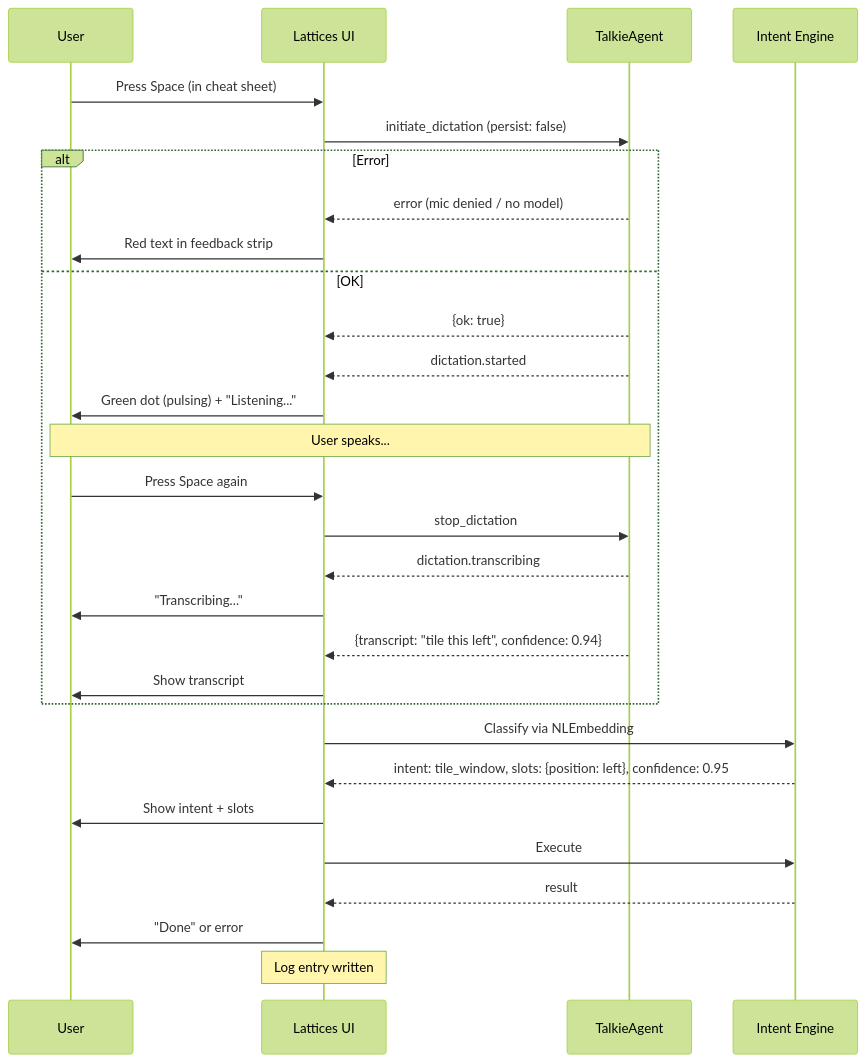
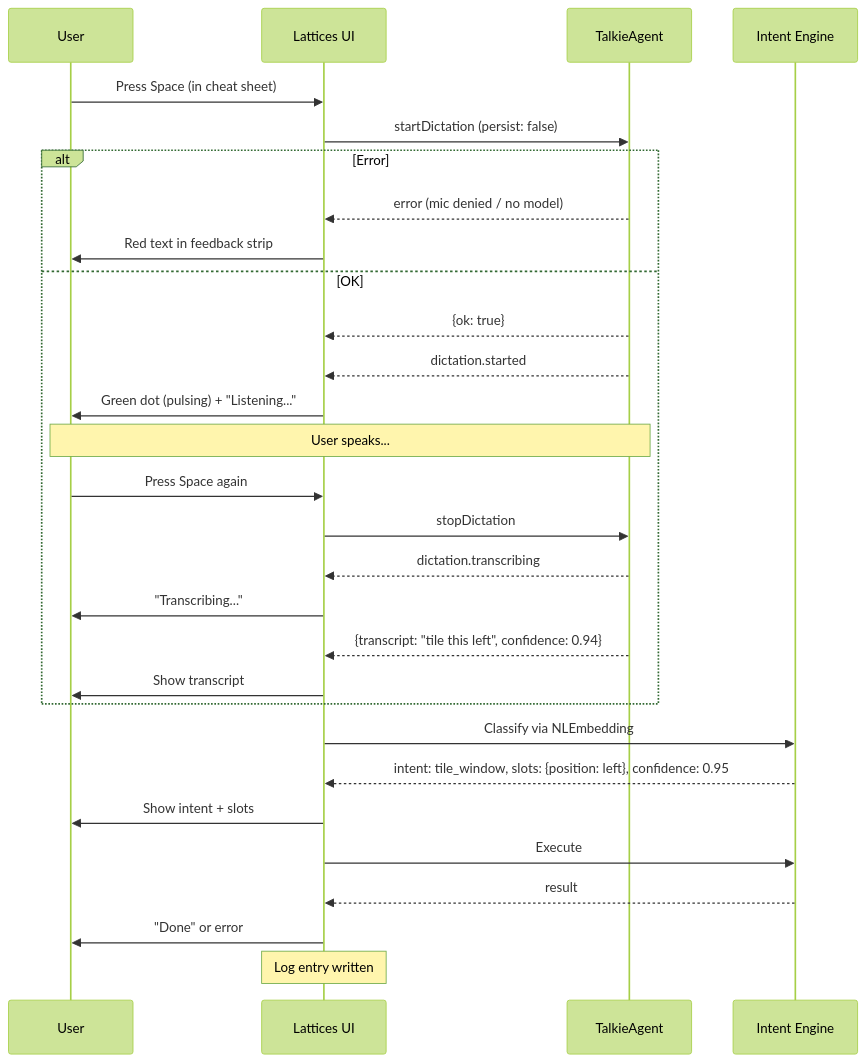
The diagram in docs/voice-command-protocol.md (arach/lattices), drawn with Mermaid (forest theme) before and after one commit. The commit also changed other lines of this file and 14 other files, not shown here.

````diff
--- a/docs/voice-command-protocol.md
+++ b/docs/voice-command-protocol.md
@@ -156,39 +192,39 @@
 ```mermaid
 sequenceDiagram
     participant U as User
     participant L as Lattices UI
     participant TA as TalkieAgent
     participant IE as Intent Engine
 
     U->>L: Press Space (in cheat sheet)
-    L->>TA: initiate_dictation (persist: false)
+    L->>TA: startDictation (persist: false)
 
     alt Error
         TA-->>L: error (mic denied / no model)
         L->>U: Red text in feedback strip
     else OK
         TA-->>L: {ok: true}
         TA-->>L: dictation.started
         L->>U: Green dot (pulsing) + "Listening..."
 
         Note over U,TA: User speaks...
 
         U->>L: Press Space again
-        L->>TA: stop_dictation
+        L->>TA: stopDictation
         TA-->>L: dictation.transcribing
         L->>U: "Transcribing..."
 
         TA-->>L: {transcript: "tile this left", confidence: 0.94}
         L->>U: Show transcript
     end
 
     L->>IE: Classify via NLEmbedding
     IE-->>L: intent: tile_window, slots: {position: left}, confidence: 0.95
     L->>U: Show intent + slots
 
     L->>IE: Execute
     IE-->>L: result
     L->>U: "Done" or error
 
     Note over L: Log entry written
 ```
````
